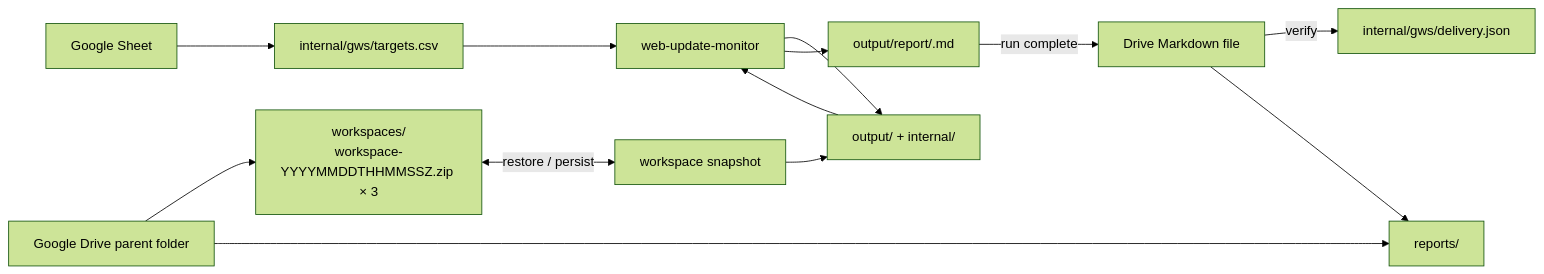
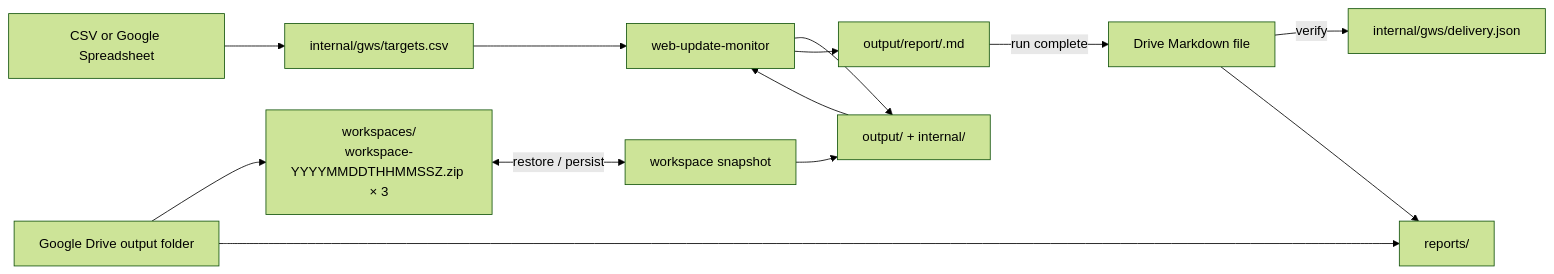
Before and after one commit to dceoy/wsum: the first of 2 diagrams in README.md, drawn with Mermaid (forest theme). The commit also changed other lines of this file, not shown here.

Commit message:
docs: describe minimal GWS inputs and CSV support

````diff
--- a/README.md
+++ b/README.md
@@ -23,15 +23,15 @@
 ```mermaid
 flowchart LR
-    GS["Google Sheet"] --> CSV["internal/gws/targets.csv"]
-    DP["Google Drive parent folder"] --> DS["workspaces/<br/>workspace-YYYYMMDDTHHMMSSZ.zip × 3"]
+    GS["CSV or Google Spreadsheet"] --> CSV["internal/gws/targets.csv"]
+    DP["Google Drive output folder"] --> DS["workspaces/<br/>workspace-YYYYMMDDTHHMMSSZ.zip × 3"]
     DP --> DR["reports/"]
     DS <-->|restore / persist| WS["workspace snapshot"]
     WS --> WORKSPACE["output/ + internal/"]
     CSV --> CORE["web-update-monitor"]
     WORKSPACE --> CORE
     CORE --> WORKSPACE
     CORE --> REPORT["output/report/<run-id>.md"]
     REPORT -->|run complete| GMD["Drive Markdown file"]
     GMD -->|verify| DELIVERY["internal/gws/delivery.json"]
     GMD --> DR
 ```
````
